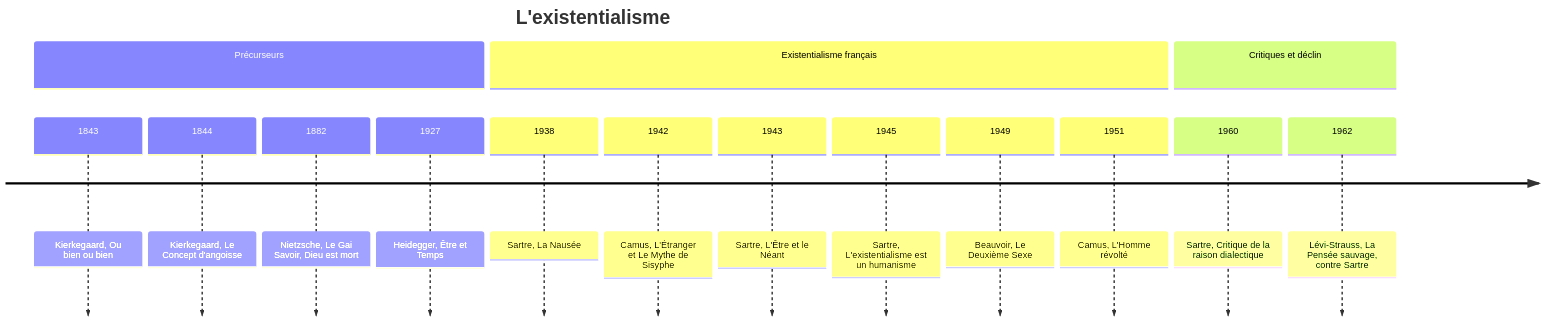
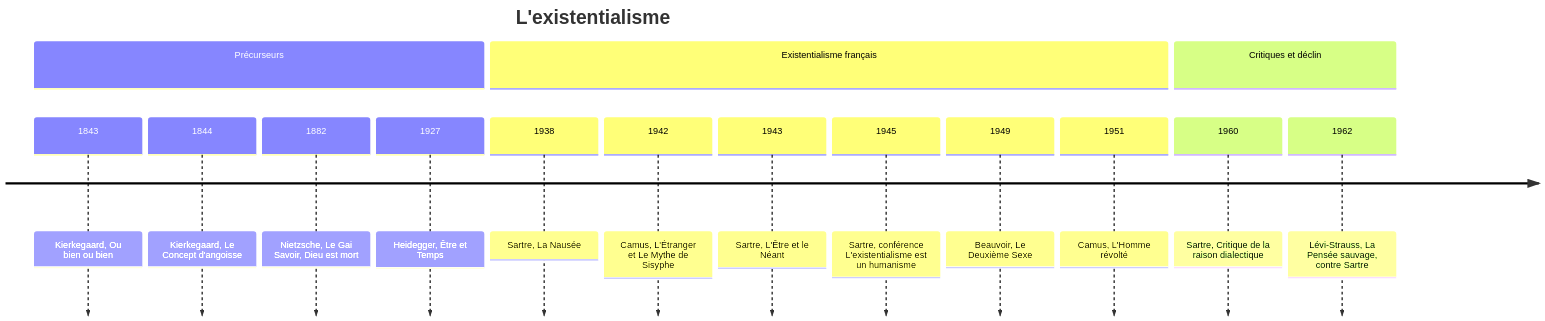
One commit to rwmicro/pensine changed the diagram in Social Sciences/Philosophy/Courants & Écoles/Existentialisme.md. Above: the diagram before and after it, drawn with Mermaid. The commit also changed 23 other files, not shown here.

````diff
--- a/Social Sciences/Philosophy/Courants & Écoles/Existentialisme.md
+++ b/Social Sciences/Philosophy/Courants & Écoles/Existentialisme.md
@@ -17,19 +17,19 @@
 ```mermaid
 timeline
     title L'existentialisme
     section Précurseurs
         1843 : Kierkegaard, Ou bien ou bien
         1844 : Kierkegaard, Le Concept d'angoisse
         1882 : Nietzsche, Le Gai Savoir, Dieu est mort
         1927 : Heidegger, Être et Temps
     section Existentialisme français
         1938 : Sartre, La Nausée
         1942 : Camus, L'Étranger et Le Mythe de Sisyphe
         1943 : Sartre, L'Être et le Néant
-        1945 : Sartre, L'existentialisme est un humanisme
+        1945 : Sartre, conférence L'existentialisme est un humanisme
         1949 : Beauvoir, Le Deuxième Sexe
         1951 : Camus, L'Homme révolté
     section Critiques et déclin
         1960 : Sartre, Critique de la raison dialectique
         1962 : Lévi-Strauss, La Pensée sauvage, contre Sartre
 ```
````
